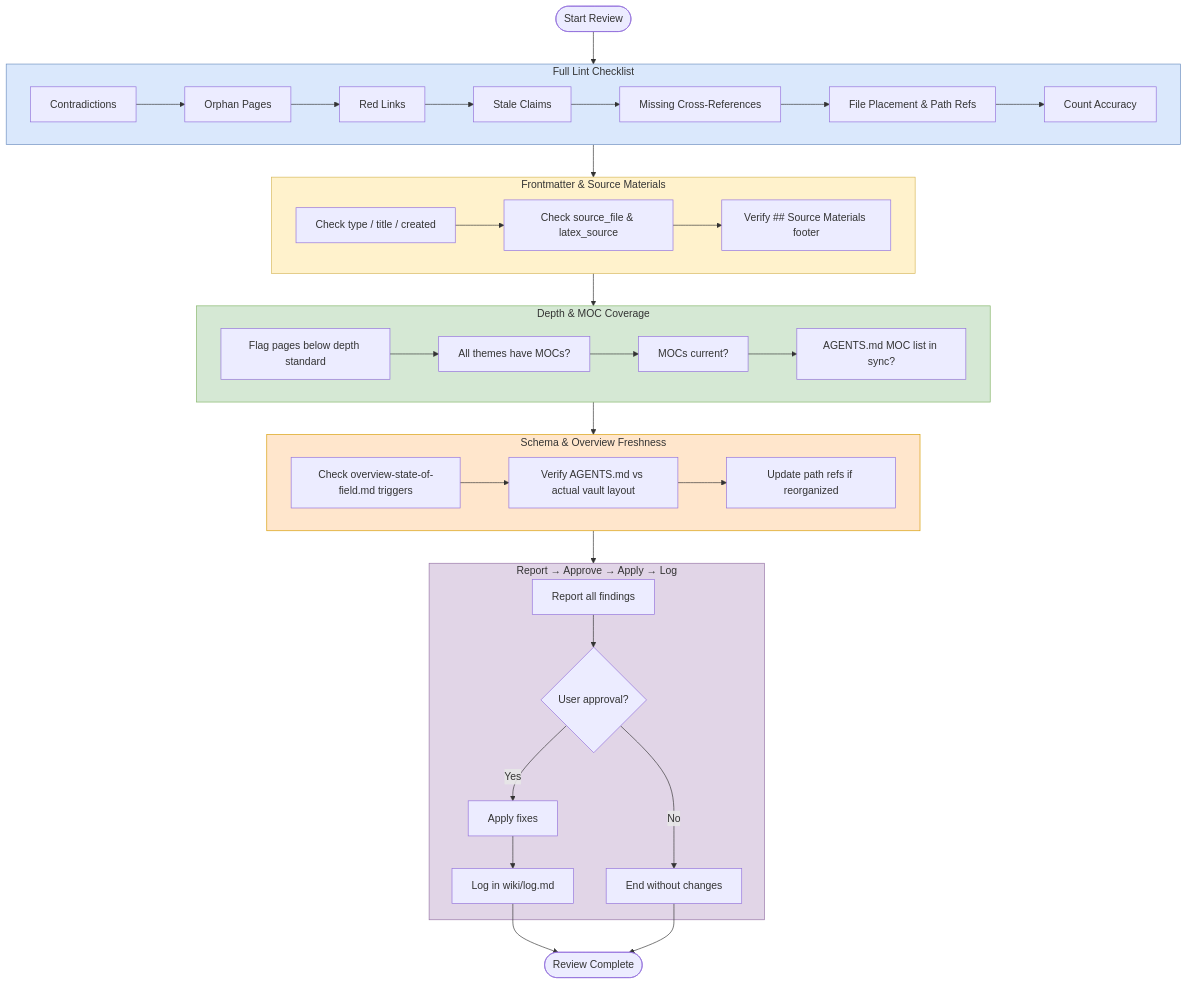
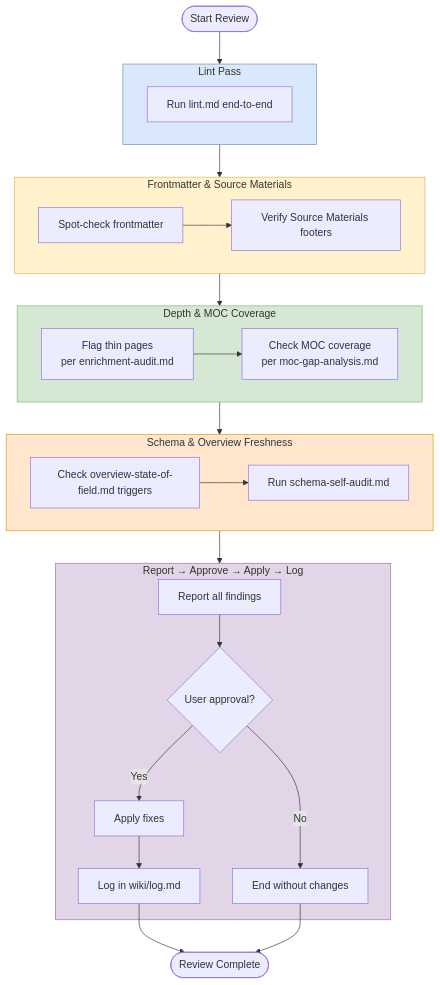
One commit to CompleteTech-LLC-AI-Research/beyond-the-token-bottleneck changed the diagram in workflows/audit/review.md. Above: the diagram before and after it, drawn with Mermaid. The commit also changed other lines of this file, not shown here.

Commit message:
refactor(workflow): trim review.md — chain to lint/schema-self-audit instead of re-describing

````diff
--- a/workflows/audit/review.md
+++ b/workflows/audit/review.md
@@ -3,52 +3,43 @@
 ```mermaid
 graph TD
     Start([Start Review]) --> Lint
 
-    subgraph Lint["Full Lint Checklist"]
+    subgraph Lint["Lint Pass"]
         style Lint fill:#dae8fc,stroke:#6c8ebf
-        L1[Contradictions] --> L2[Orphan Pages]
-        L2 --> L3[Red Links]
-        L3 --> L4[Stale Claims]
-        L4 --> L5[Missing Cross-References]
-        L5 --> L6[File Placement & Path Refs]
-        L6 --> L7[Count Accuracy]
+        L1["Run lint.md end-to-end"]
     end
 
     Lint --> FM
 
     subgraph FM["Frontmatter & Source Materials"]
         style FM fill:#fff2cc,stroke:#d6b656
-        FM1["Check type / title / created"] --> FM2["Check source_file & latex_source"]
-        FM2 --> FM3["Verify ## Source Materials footer"]
+        FM1["Spot-check frontmatter"] --> FM2["Verify Source Materials footers"]
     end
 
     FM --> Depth
 
     subgraph Depth["Depth & MOC Coverage"]
         style Depth fill:#d5e8d4,stroke:#82b366
-        D1[Flag pages below depth standard] --> D2[All themes have MOCs?]
-        D2 --> D3[MOCs current?]
-D3 --> D4["AGENTS.md MOC list in sync?"]
+        D1["Flag thin pages<br>per enrichment-audit.md"] --> D2["Check MOC coverage<br>per moc-gap-analysis.md"]
     end
 
     Depth --> Schema
 
     subgraph Schema["Schema & Overview Freshness"]
         style Schema fill:#ffe6cc,stroke:#d79b00
-S1["Check overview-state-of-field.md triggers"] --> S2["Verify AGENTS.md vs actual vault layout"]
-        S2 --> S3["Update path refs if reorganized"]
+        S1["Check overview-state-of-field.md triggers"] --> S2["Run schema-self-audit.md"]
     end
 
     Schema --> Report
 
     subgraph Report["Report → Approve → Apply → Log"]
         style Report fill:#e1d5e7,stroke:#9673a6
         R1[Report all findings] --> R2{User approval?}
         R2 -->|Yes| R3[Apply fixes]
         R3 --> R4["Log in wiki/log.md"]
         R2 -->|No| R5[End without changes]
     end
 
     R4 --> Done([Review Complete])
     R5 --> Done
 ```
````
